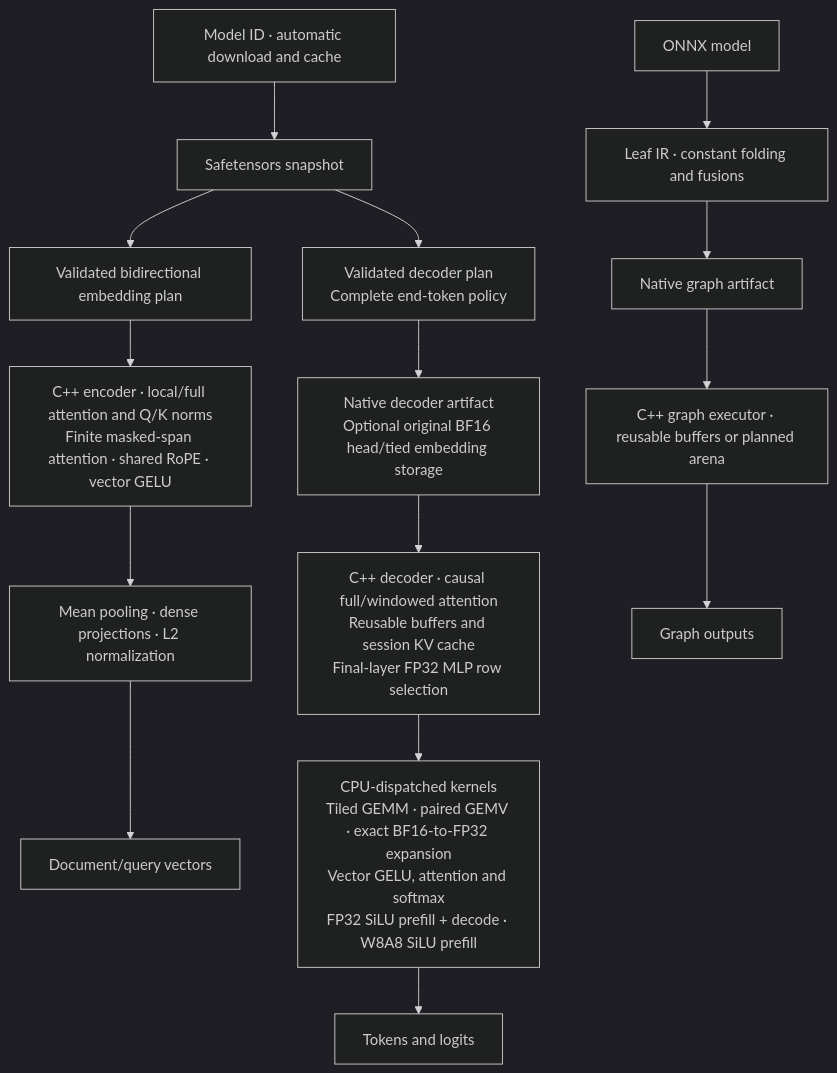
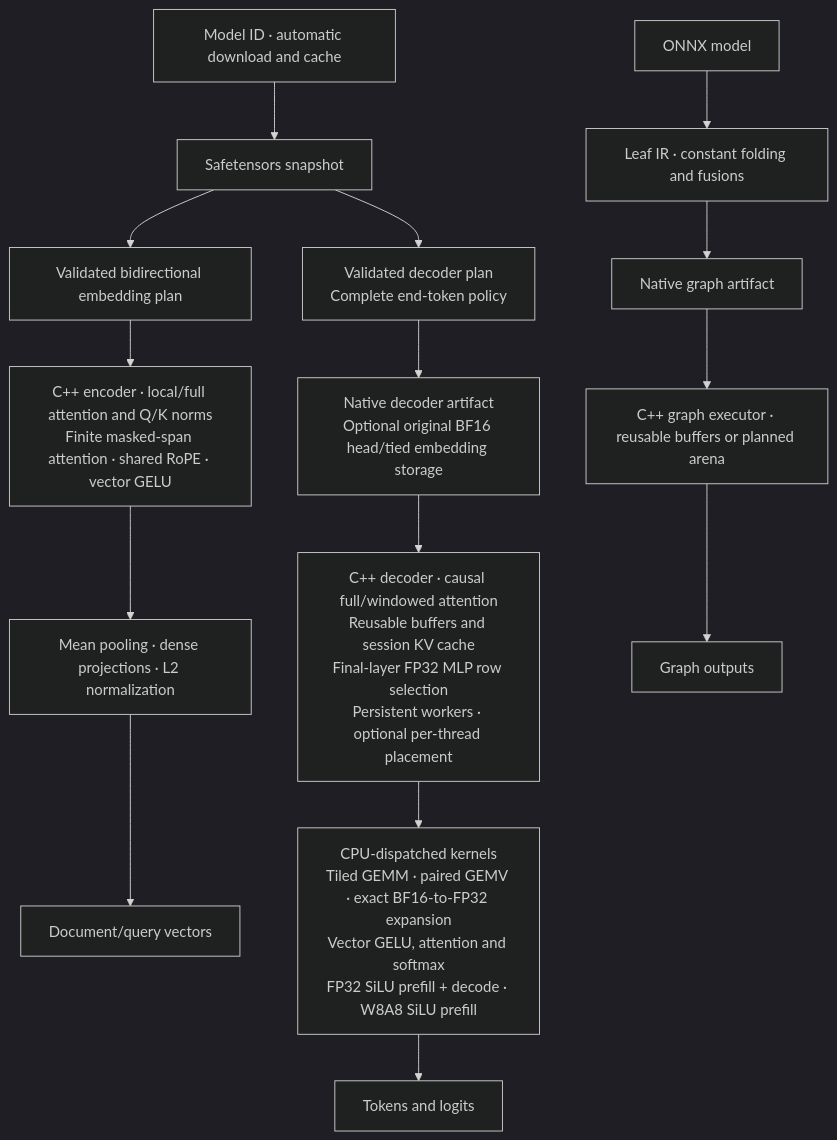
One commit to Nbit-51/Leaf changed the first of 2 diagrams in README.md. Above: the diagram before and after it, drawn with Mermaid (dark theme). The commit also changed other lines of this file and 22 other files, not shown here.

Commit message:
Add explicit CPU placement for native decoder workers

````diff
--- a/README.md
+++ b/README.md
@@ -149,17 +152,17 @@
 ```mermaid
 flowchart TB
     H["Model ID · automatic download and cache"] --> S["Safetensors snapshot"]
     S --> P["Validated decoder plan<br/>Complete end-token policy"]
     S --> B["Validated bidirectional embedding plan"]
     B --> N["C++ encoder · local/full attention and Q/K norms<br/>Finite masked-span attention · shared RoPE · vector GELU"]
     N --> V["Mean pooling · dense projections · L2 normalization"]
     V --> F["Document/query vectors"]
     O["ONNX model"] --> G["Leaf IR · constant folding and fusions"]
     P --> D["Native decoder artifact<br/>Optional original BF16 head/tied embedding storage"]
     G --> A["Native graph artifact"]
-    D --> R["C++ decoder · causal full/windowed attention<br/>Reusable buffers and session KV cache<br/>Final-layer FP32 MLP row selection"]
+    D --> R["C++ decoder · causal full/windowed attention<br/>Reusable buffers and session KV cache<br/>Final-layer FP32 MLP row selection<br/>Persistent workers · optional per-thread placement"]
     A --> E["C++ graph executor · reusable buffers or planned arena"]
     R --> K["CPU-dispatched kernels<br/>Tiled GEMM · paired GEMV · exact BF16-to-FP32 expansion<br/>Vector GELU, attention and softmax<br/>FP32 SiLU prefill + decode · W8A8 SiLU prefill"]
     K --> T["Tokens and logits"]
     E --> U["Graph outputs"]
 ```
````
